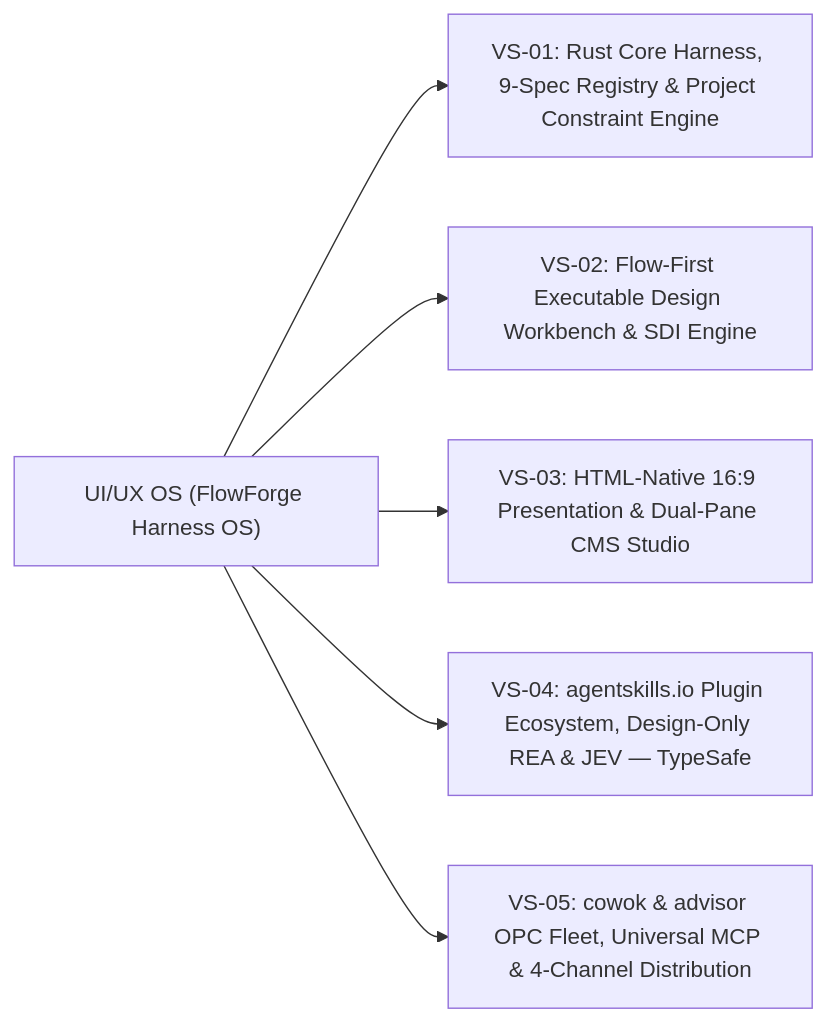
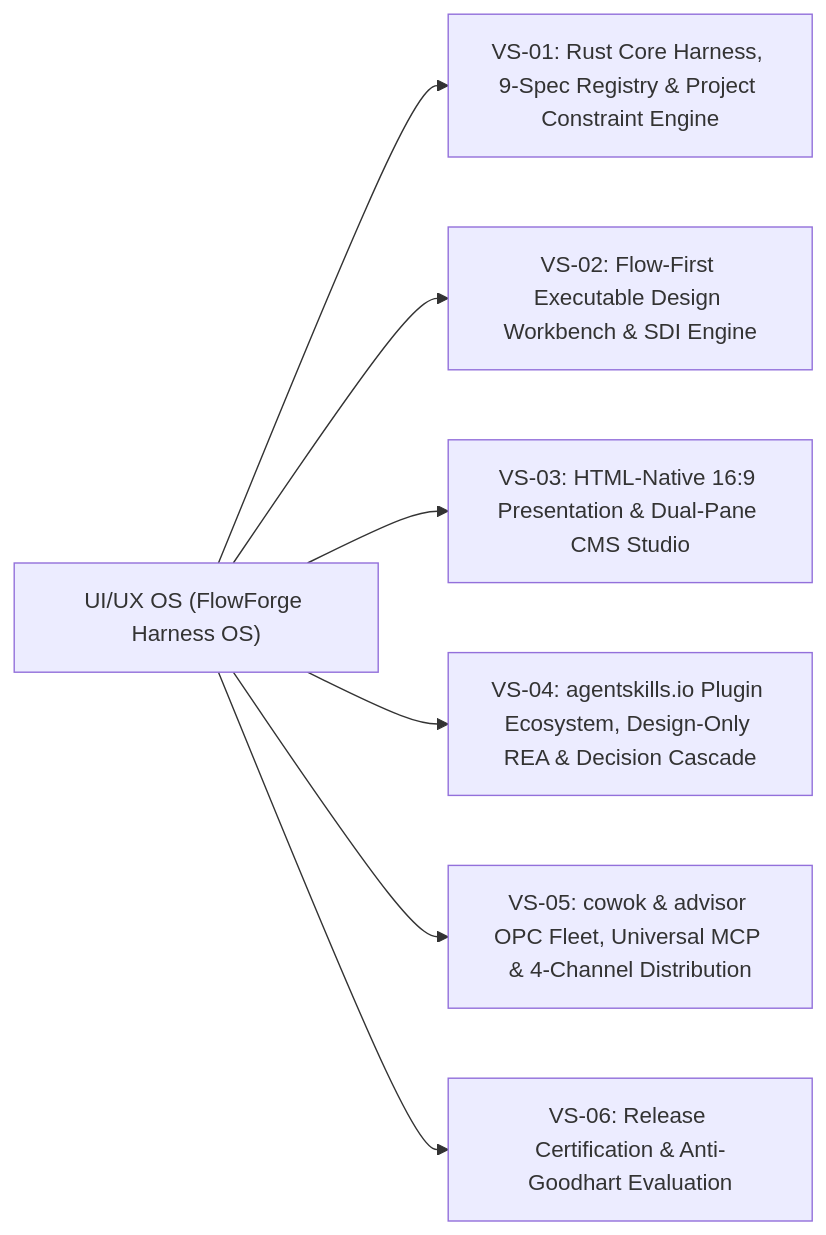
The diagram in _iwish-output/2. Product Planning/2.6. feature-hierarchy.md (Nam123321/cowok-design), drawn with Mermaid before and after one commit. The commit also changed other lines of this file and 341 other files, not shown here.

````diff
--- a/_iwish-output/2. Product Planning/2.6. feature-hierarchy.md
+++ b/_iwish-output/2. Product Planning/2.6. feature-hierarchy.md
@@ -23,9 +23,10 @@
 ```mermaid
 flowchart LR
     ROOT["UI/UX OS (FlowForge Harness OS)"]
     ROOT --> VS1["VS-01: Rust Core Harness, 9-Spec Registry & Project Constraint Engine"]
     ROOT --> VS2["VS-02: Flow-First Executable Design Workbench & SDI Engine"]
     ROOT --> VS3["VS-03: HTML-Native 16:9 Presentation & Dual-Pane CMS Studio"]
-    ROOT --> VS4["VS-04: agentskills.io Plugin Ecosystem, Design-Only REA & JEV — TypeSafe"]
+    ROOT --> VS4["VS-04: agentskills.io Plugin Ecosystem, Design-Only REA & Decision Cascade"]
     ROOT --> VS5["VS-05: cowok & advisor OPC Fleet, Universal MCP & 4-Channel Distribution"]
+    ROOT --> VS6["VS-06: Release Certification & Anti-Goodhart Evaluation"]
 ```
````
